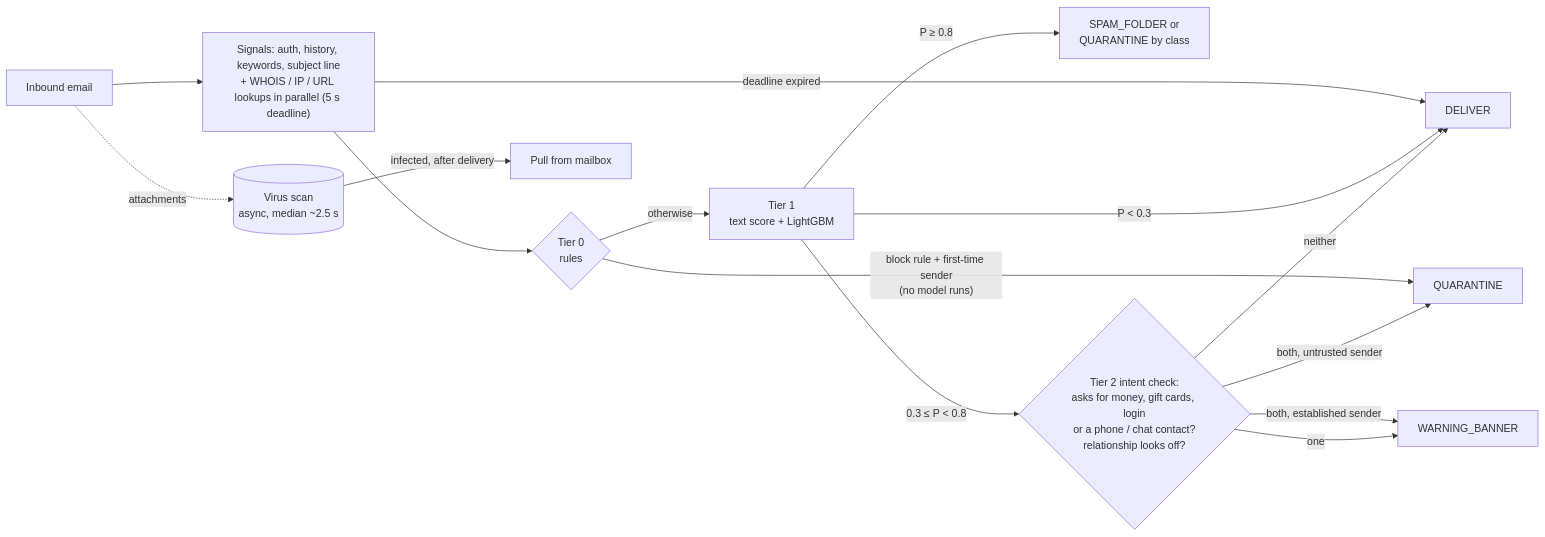
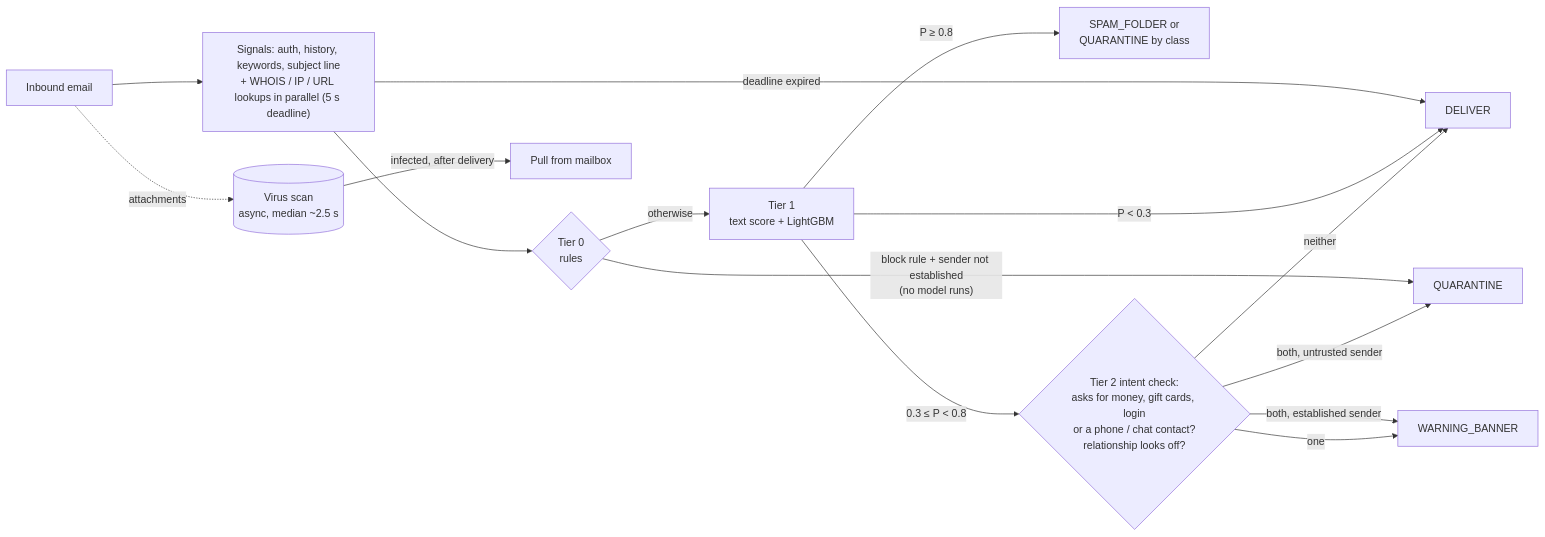
Before and after one commit to Prateek0017/Spam-filter: the diagram in README.md, drawn with Mermaid. The commit also changed other lines of this file and 17 other files, not shown here.

````diff
--- a/README.md
+++ b/README.md
@@ -88,17 +88,17 @@
 ```mermaid
 flowchart LR
     A[Inbound email] --> S["Signals: auth, history, keywords, subject line<br/>+ WHOIS / IP / URL lookups in parallel (5 s deadline)"]
     A -. attachments .-> V[(Virus scan<br/>async, median ~2.5 s)]
     S -- "deadline expired" --> D[DELIVER]
     S --> R{Tier 0<br/>rules}
-    R -- "block rule + first-time sender<br/>(no model runs)" --> Q[QUARANTINE]
+    R -- "block rule + sender not established<br/>(no model runs)" --> Q[QUARANTINE]
     R -- otherwise --> M[Tier 1<br/>text score + LightGBM]
     M -- "P < 0.3" --> D
     M -- "P ≥ 0.8" --> X[SPAM_FOLDER or<br/>QUARANTINE by class]
     M -- "0.3 ≤ P < 0.8" --> I{"Tier 2 intent check:<br/>asks for money, gift cards, login<br/>or a phone / chat contact?<br/>relationship looks off?"}
     I -- "both, untrusted sender" --> Q
     I -- "both, established sender" --> B
     I -- one --> B[WARNING_BANNER]
     I -- neither --> D
     V -- "infected, after delivery" --> P[Pull from mailbox]
 ```
````
